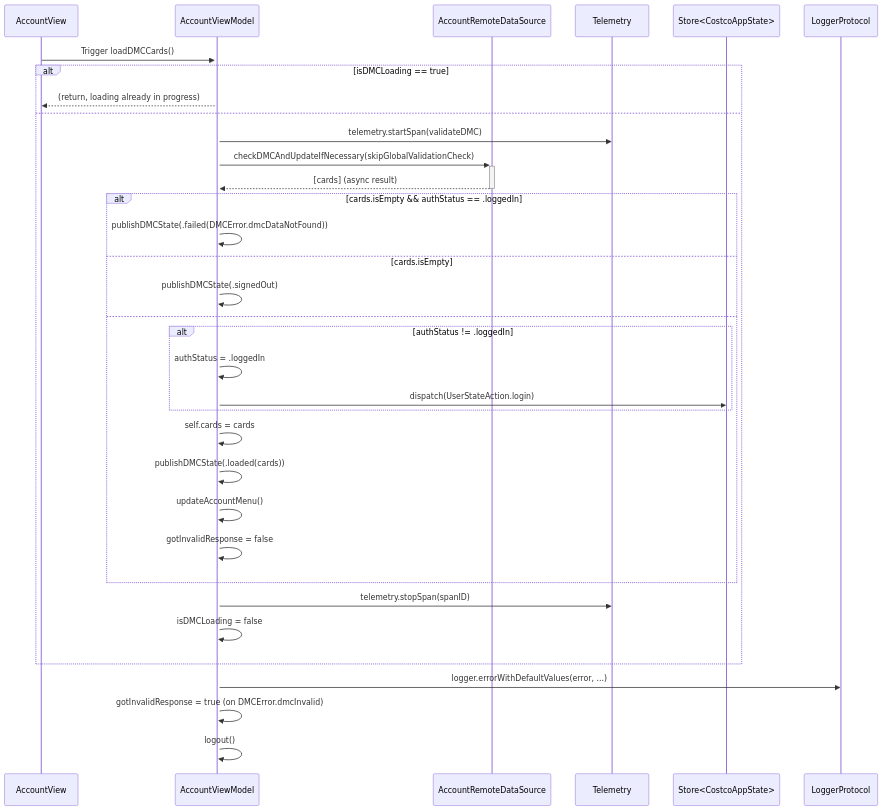
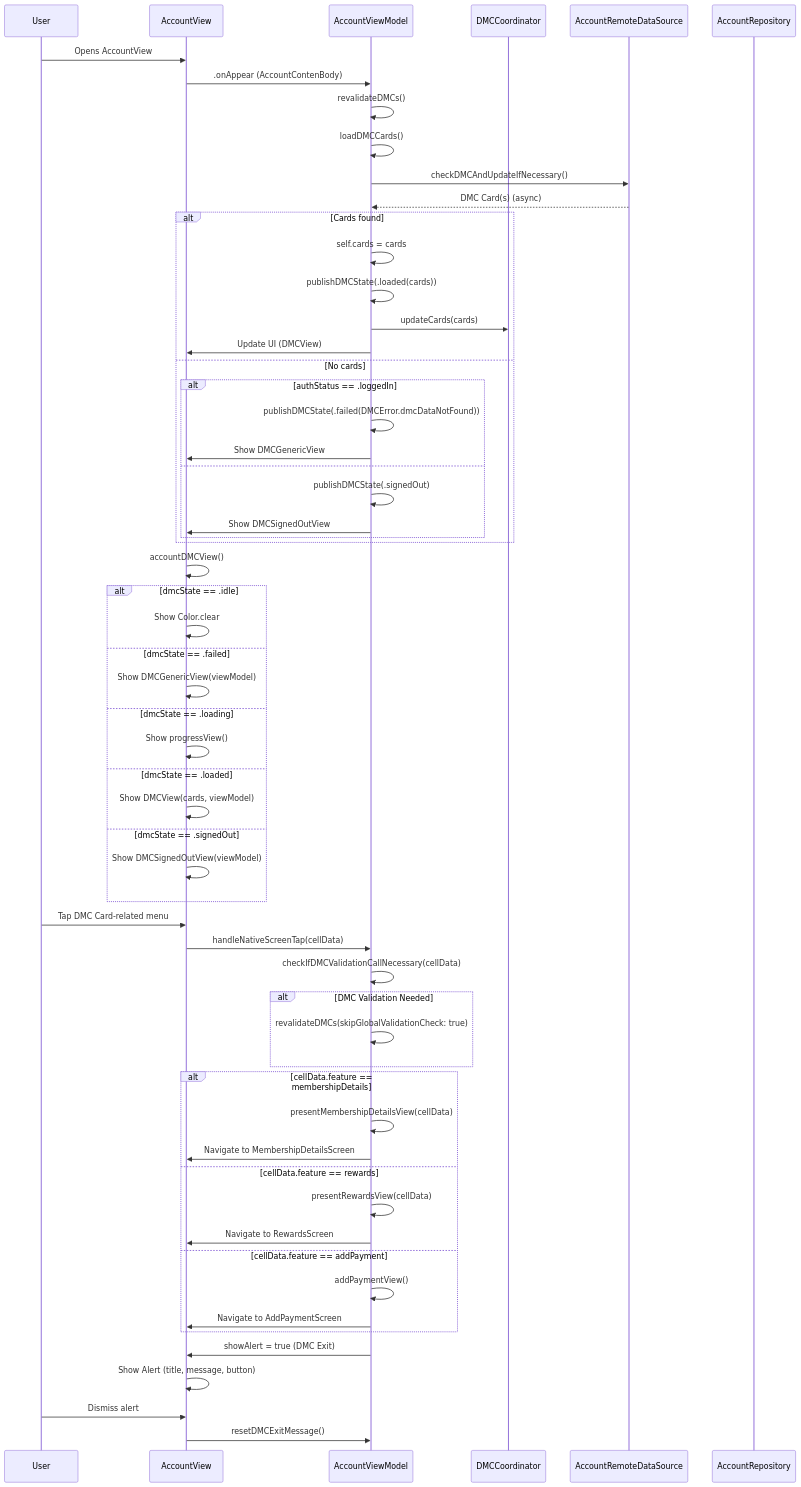
The diagram in Account_Moderinzation_AccountViewModel_sequence.md (Chanick-Park/Membership-pod), drawn with Mermaid before and after one commit.

````diff
--- a/Account_Moderinzation_AccountViewModel_sequence.md
+++ b/Account_Moderinzation_AccountViewModel_sequence.md
@@ -2,38 +2,69 @@
 ```mermaid
 sequenceDiagram
+    participant UI as User
     participant View as AccountView
     participant VM as AccountViewModel
-    participant Repo as AccountRemoteDataSource
-    participant Tele as Telemetry
-    participant Store as Store<CostcoAppState>
-    participant Logger as LoggerProtocol
+    participant Coordinator as DMCCoordinator
+    participant Remote as AccountRemoteDataSource
+    participant Repo as AccountRepository
 
-    View->>+VM: Trigger loadDMCCards()
-    alt isDMCLoading == true
-        VM-->>View: (return, loading already in progress)
-    else
-        VM->>Tele: telemetry.startSpan(validateDMC)
-        VM->>+Repo: checkDMCAndUpdateIfNecessary(skipGlobalValidationCheck)
-        Repo-->>-VM: [cards] (async result)
-        alt cards.isEmpty && authStatus == .loggedIn
+    %% DMC Card Load on View Appear
+    UI->>View: Opens AccountView
+    View->>VM: .onAppear (AccountContenBody)
+    VM->>VM: revalidateDMCs()
+    VM->>VM: loadDMCCards()
+    VM->>Remote: checkDMCAndUpdateIfNecessary()
+    Remote-->>VM: DMC Card(s) (async)
+    alt Cards found
+        VM->>VM: self.cards = cards
+        VM->>VM: publishDMCState(.loaded(cards))
+        VM->>Coordinator: updateCards(cards)
+        VM->>View: Update UI (DMCView)
+    else No cards
+        alt authStatus == .loggedIn
             VM->>VM: publishDMCState(.failed(DMCError.dmcDataNotFound))
-        else cards.isEmpty
+            VM->>View: Show DMCGenericView
+        else
             VM->>VM: publishDMCState(.signedOut)
-        else
-            alt authStatus != .loggedIn
-                VM->>VM: authStatus = .loggedIn
-                VM->>Store: dispatch(UserStateAction.login)
-            end
-            VM->>VM: self.cards = cards
-            VM->>VM: publishDMCState(.loaded(cards))
-            VM->>VM: updateAccountMenu()
-            VM->>VM: gotInvalidResponse = false
+            VM->>View: Show DMCSignedOutView
         end
-        VM->>Tele: telemetry.stopSpan(spanID)
-        VM->>VM: isDMCLoading = false
     end
-    %% Error Handling
-    VM->>Logger: logger.errorWithDefaultValues(error, ...)
-    VM->>VM: gotInvalidResponse = true (on DMCError.dmcInvalid)
-    VM->>VM: logout()
+
+    %% DMC Card View State Handling
+    View->>View: accountDMCView()
+    alt dmcState == .idle
+        View->>View: Show Color.clear
+    else dmcState == .failed
+        View->>View: Show DMCGenericView(viewModel)
+    else dmcState == .loading
+        View->>View: Show progressView()
+    else dmcState == .loaded
+        View->>View: Show DMCView(cards, viewModel)
+    else dmcState == .signedOut
+        View->>View: Show DMCSignedOutView(viewModel)
+    end
+
+    %% Menu Tap for DMC Card Features
+    UI->>View: Tap DMC Card-related menu
+    View->>VM: handleNativeScreenTap(cellData)
+    VM->>VM: checkIfDMCValidationCallNecessary(cellData)
+    alt DMC Validation Needed
+        VM->>VM: revalidateDMCs(skipGlobalValidationCheck: true)
+    end
+    alt cellData.feature == membershipDetails
+        VM->>VM: presentMembershipDetailsView(cellData)
+        VM->>View: Navigate to MembershipDetailsScreen
+    else cellData.feature == rewards
+        VM->>VM: presentRewardsView(cellData)
+        VM->>View: Navigate to RewardsScreen
+    else cellData.feature == addPayment
+        VM->>VM: addPaymentView()
+        VM->>View: Navigate to AddPaymentScreen
+    end
+
+    %% DMC Card Exit Message (Alert)
+    VM->>View: showAlert = true (DMC Exit)
+    View->>View: Show Alert (title, message, button)
+    UI->>View: Dismiss alert
+    View->>VM: resetDMCExitMessage()
 ```
````
